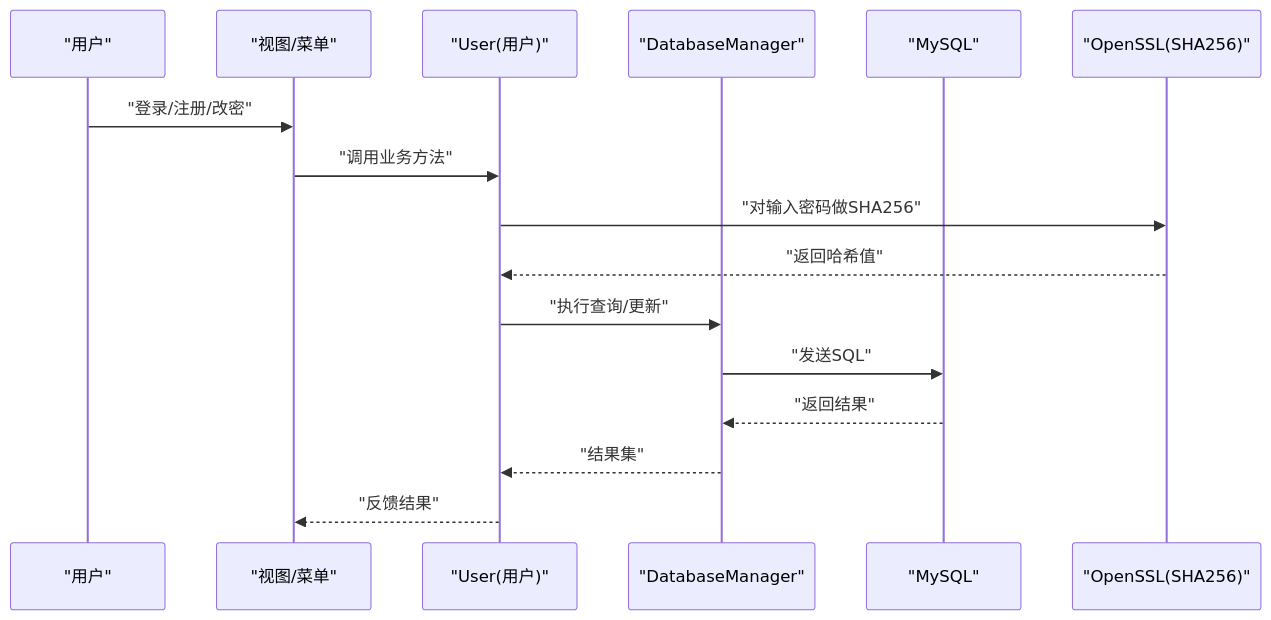
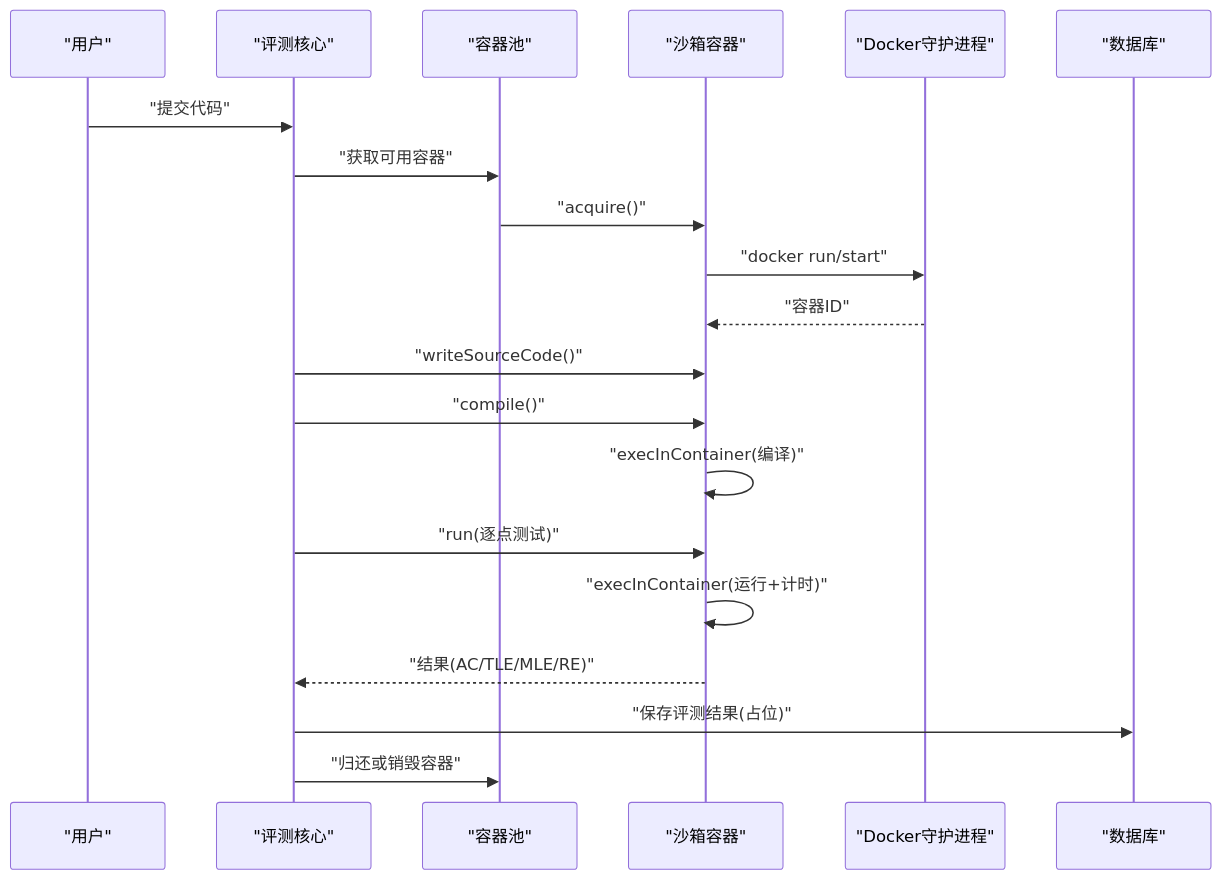
The second of 6 diagrams in .qoder/repowiki/zh/content/安全设计/安全设计.md (jinpeng900/OJ-Test), drawn with Mermaid before and after one commit. The commit also changed other lines of this file and 126 other files, not shown here.

````diff
--- a/.qoder/repowiki/zh/content/安全设计/安全设计.md
+++ b/.qoder/repowiki/zh/content/安全设计/安全设计.md
@@ -95,18 +114,22 @@
 ```mermaid
 sequenceDiagram
 participant U as "用户"
-participant V as "视图/菜单"
-participant USR as "User(用户)"
-participant DB as "DatabaseManager"
-participant SQL as "MySQL"
-participant OSSL as "OpenSSL(SHA256)"
-U->>V : "登录/注册/改密"
-V->>USR : "调用业务方法"
-USR->>OSSL : "对输入密码做SHA256"
-OSSL-->>USR : "返回哈希值"
-USR->>DB : "执行查询/更新"
-DB->>SQL : "发送SQL"
-SQL-->>DB : "返回结果"
-DB-->>USR : "结果集"
-USR-->>V : "反馈结果"
+participant JC as "评测核心"
+participant CP as "容器池"
+participant SC as "沙箱容器"
+participant DKR as "Docker守护进程"
+participant DB as "数据库"
+U->>JC : "提交代码"
+JC->>CP : "获取可用容器"
+CP->>SC : "acquire()"
+SC->>DKR : "docker run/start"
+DKR-->>SC : "容器ID"
+JC->>SC : "writeSourceCode()"
+JC->>SC : "compile()"
+SC->>SC : "execInContainer(编译)"
+JC->>SC : "run(逐点测试)"
+SC->>SC : "execInContainer(运行+计时)"
+SC-->>JC : "结果(AC/TLE/MLE/RE)"
+JC->>DB : "保存评测结果(占位)"
+JC->>CP : "归还或销毁容器"
 ```
````
